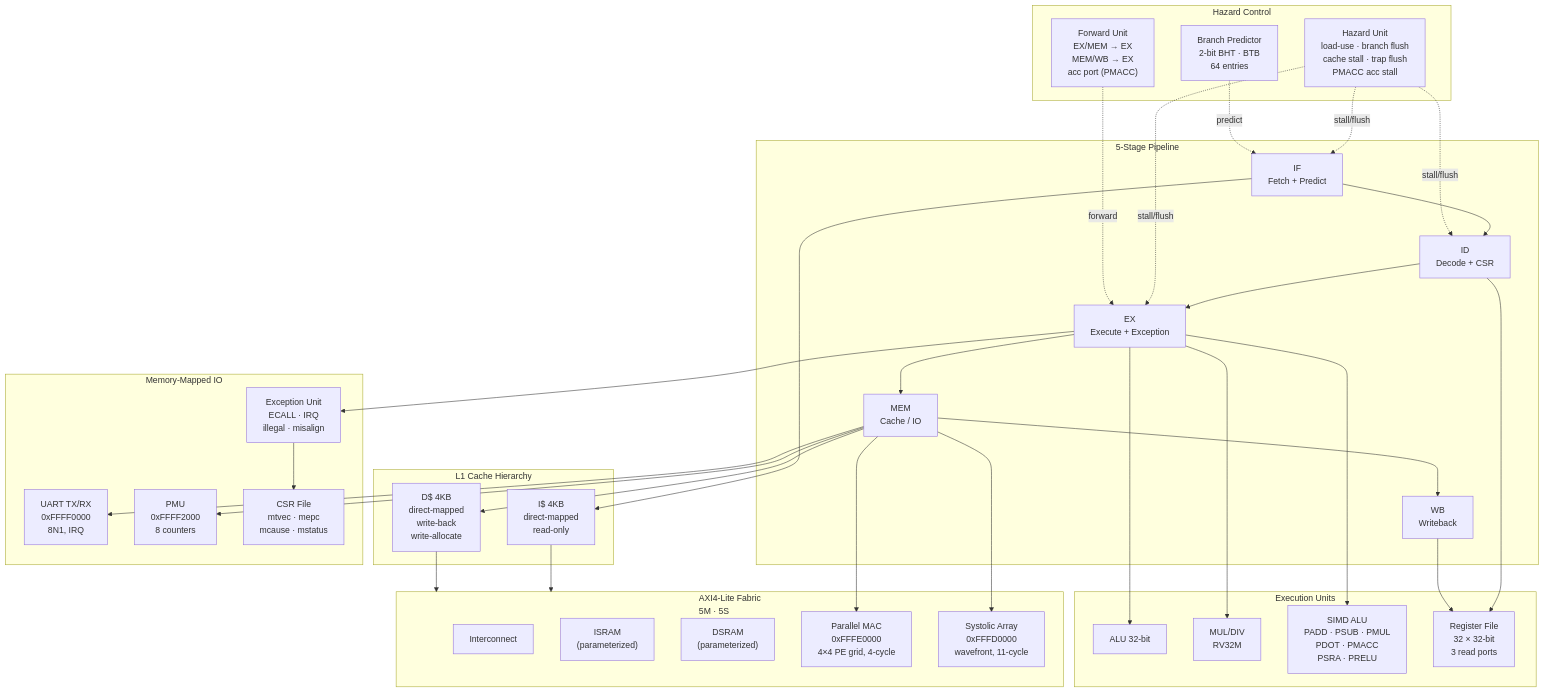
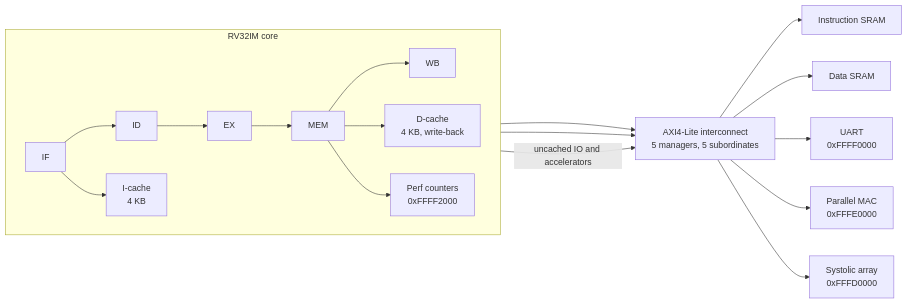
One commit to abishekmatevannan-afk/riscv-rv32im-gemm changed the diagram in README.md. Above: the diagram before and after it, drawn with Mermaid.

Commit message:
Diagram fix

````diff
--- a/README.md
+++ b/README.md
@@ -37,57 +37,25 @@
 ```mermaid
-flowchart TD
-    subgraph Pipeline["5-Stage Pipeline"]
-        IF["IF\nFetch + Predict"]
-        ID["ID\nDecode + CSR"]
-        EX["EX\nExecute + Exception"]
-        MEM["MEM\nCache / IO"]
-        WB["WB\nWriteback"]
-        IF --> ID --> EX --> MEM --> WB
+flowchart LR
+    subgraph CPU["RV32IM core"]
+        direction LR
+        IF["IF"] --> ID["ID"] --> EX["EX"] --> MEM["MEM"] --> WB["WB"]
+        IC["I-cache<br>4 KB"]
+        DC["D-cache<br>4 KB, write-back"]
+        PMU["Perf counters<br>0xFFFF2000"]
+        IF --> IC
+        MEM --> DC
+        MEM --> PMU
     end
 
-    subgraph Hazards["Hazard Control"]
-        HU["Hazard Unit\nload-use · branch flush\ncache stall · trap flush\nPMACC acc stall"]
-        FU["Forward Unit\nEX/MEM → EX\nMEM/WB → EX\nacc port (PMACC)"]
-        BP["Branch Predictor\n2-bit BHT · BTB\n64 entries"]
-    end
+    XBAR["AXI4-Lite interconnect<br>5 managers, 5 subordinates"]
+    ISRAM["Instruction SRAM"]
+    DSRAM["Data SRAM"]
+    UART["UART<br>0xFFFF0000"]
+    MAC["Parallel MAC<br>0xFFFE0000"]
+    SYS["Systolic array<br>0xFFFD0000"]
 
-    subgraph Caches["L1 Cache Hierarchy"]
-        IC["I$ 4KB\ndirect-mapped\nread-only"]
-        DC["D$ 4KB\ndirect-mapped\nwrite-back\nwrite-allocate"]
-    end
-
-    subgraph Fabric["AXI4-Lite Fabric\n5M · 5S"]
-        XBAR["Interconnect"]
-        ISRAM["ISRAM\n(parameterized)"]
-        DSRAM["DSRAM\n(parameterized)"]
-        PMAC["Parallel MAC\n0xFFFE0000\n4×4 PE grid, 4-cycle"]
-        SYS["Systolic Array\n0xFFFD0000\nwavefront, 11-cycle"]
-    end
-
-    subgraph IO["Memory-Mapped IO"]
-        UART["UART TX/RX\n0xFFFF0000\n8N1, IRQ"]
-        PMU["PMU\n0xFFFF2000\n8 counters"]
-        CSR["CSR File\nmtvec · mepc\nmcause · mstatus"]
-        EXC["Exception Unit\nECALL · IRQ\nillegal · misalign"]
-    end
-
-    subgraph Exec["Execution Units"]
-        ALU["ALU 32-bit"]
-        MUL["MUL/DIV\nRV32M"]
-        SIMD["SIMD ALU\nPADD · PSUB · PMUL\nPDOT · PMACC\nPSRA · PRELU"]
-        RF["Register File\n32 × 32-bit\n3 read ports"]
-    end
-
-    IF --> IC
-    IC --> Fabric
-    MEM --> DC
-    DC --> Fabric
-    EX --> ALU & MUL & SIMD
-    ID --> RF
-    WB --> RF
-    MEM --> UART & PMU & PMAC & SYS
-    EX --> EXC --> CSR
-    HU -.stall/flush.-> IF & ID & EX
-    FU -.forward.-> EX
-    BP -.predict.-> IF
+    IC --> XBAR
+    DC --> XBAR
+    MEM -- "uncached IO and accelerators" --> XBAR
+    XBAR --> ISRAM & DSRAM & UART & MAC & SYS
 ```
````
